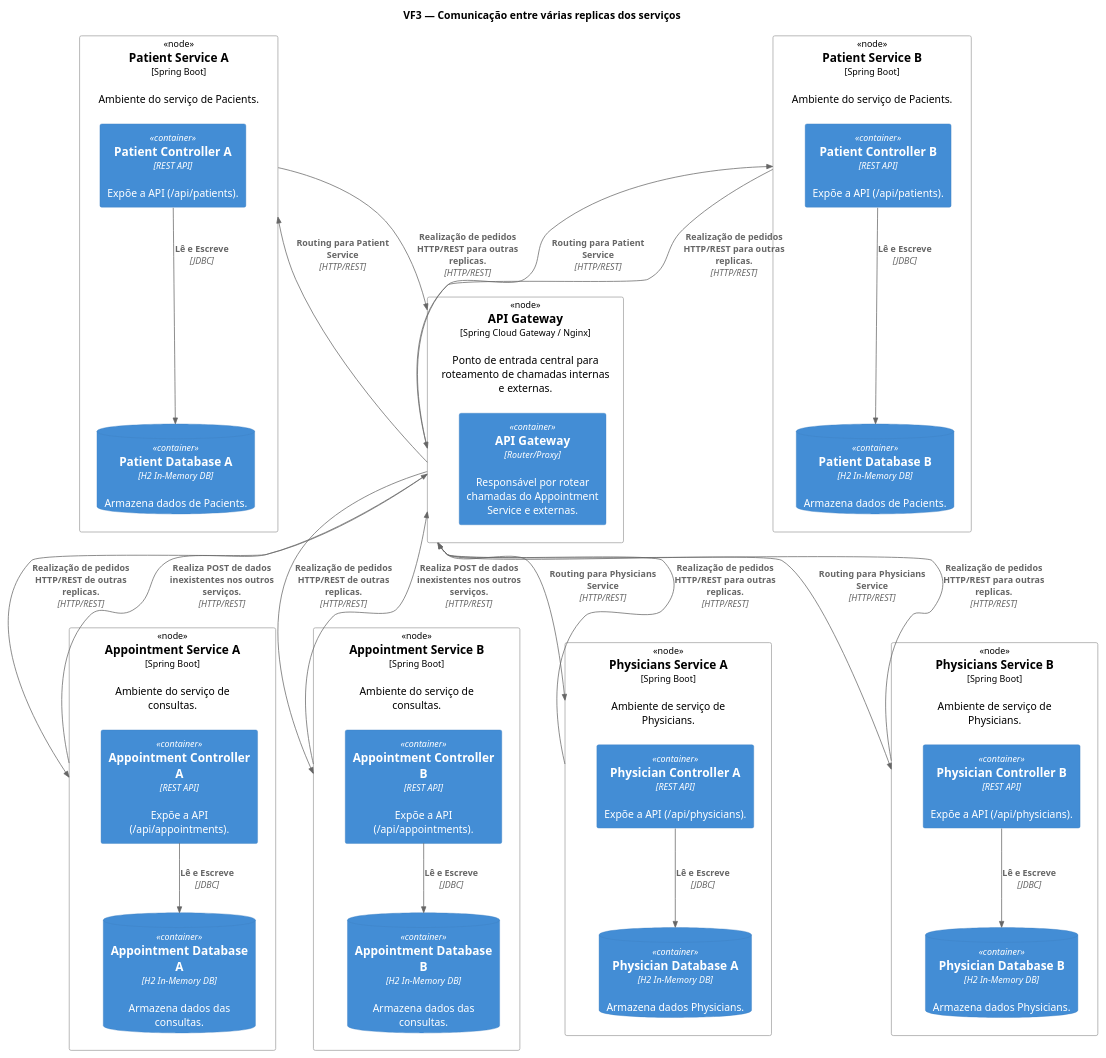
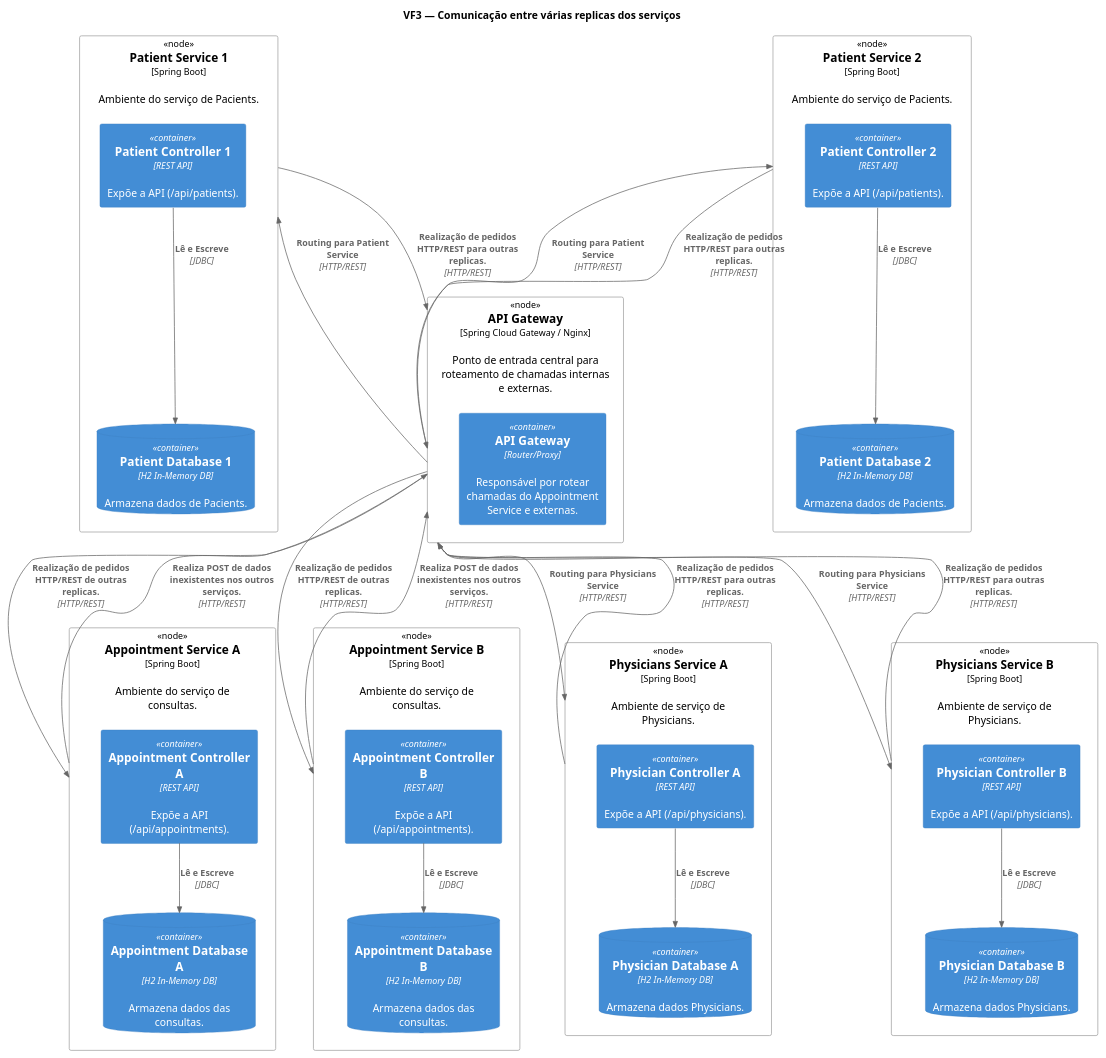
One commit to 1211104/PROJ_SIDIS2025 changed the diagram in docs/Vista Física/VF3.puml. Above: the diagram before and after it, drawn with PlantUML. The commit also changed 1 other file, not shown here.

```diff
--- a/docs/Vista Física/VF3.puml
+++ b/docs/Vista Física/VF3.puml
@@ -1,69 +1,69 @@
 @startuml C4 Deployment Diagram - With API Gateway
 
 !include https://raw.githubusercontent.com/plantuml-stdlib/C4-PlantUML/master/C4_Container.puml
 !include https://raw.githubusercontent.com/plantuml-stdlib/C4-PlantUML/master/C4_Deployment.puml
 
 title VF3 — Comunicação entre várias replicas dos serviços
 
     Deployment_Node(APIGatewayNode, "API Gateway", "Spring Cloud Gateway / Nginx", "Ponto de entrada central para roteamento de chamadas internas e externas.") {
         Container(APIGateway, "API Gateway", "Router/Proxy", "Responsável por rotear chamadas do Appointment Service e externas.")
     }
 
     Deployment_Node(AppointmentServiceNodeA, "Appointment Service A", "Spring Boot", "Ambiente do serviço de consultas.") {
         Container(AppointmentControllerA, "Appointment Controller A", "REST API", "Expõe a API (/api/appointments).")
         ContainerDb(AppointmentDBA, "Appointment Database A", "H2 In-Memory DB", "Armazena dados das consultas.")
     }
 
     Deployment_Node(AppointmentServiceNodeB, "Appointment Service B", "Spring Boot", "Ambiente do serviço de consultas.") {
         Container(AppointmentControllerB, "Appointment Controller B", "REST API", "Expõe a API (/api/appointments).")
         ContainerDb(AppointmentDBB, "Appointment Database B", "H2 In-Memory DB", "Armazena dados das consultas.")
     }
 
-    Deployment_Node(PatientServiceNodeA, "Patient Service A", "Spring Boot", "Ambiente do serviço de Pacients.") {
-        Container(PatientControllerA, "Patient Controller A", "REST API", "Expõe a API (/api/patients).")
-        ContainerDb(PatientDBA, "Patient Database A", "H2 In-Memory DB", "Armazena dados de Pacients.")
+    Deployment_Node(PatientServiceNodeA, "Patient Service 1", "Spring Boot", "Ambiente do serviço de Pacients.") {
+        Container(PatientControllerA, "Patient Controller 1", "REST API", "Expõe a API (/api/patients).")
+        ContainerDb(PatientDBA, "Patient Database 1", "H2 In-Memory DB", "Armazena dados de Pacients.")
     }
 
-    Deployment_Node(PatientServiceNodeB, "Patient Service B", "Spring Boot", "Ambiente do serviço de Pacients.") {
-            Container(PatientControllerB, "Patient Controller B", "REST API", "Expõe a API (/api/patients).")
-            ContainerDb(PatientDBB, "Patient Database B", "H2 In-Memory DB", "Armazena dados de Pacients.")
+    Deployment_Node(PatientServiceNodeB, "Patient Service 2", "Spring Boot", "Ambiente do serviço de Pacients.") {
+            Container(PatientControllerB, "Patient Controller 2", "REST API", "Expõe a API (/api/patients).")
+            ContainerDb(PatientDBB, "Patient Database 2", "H2 In-Memory DB", "Armazena dados de Pacients.")
     }
 
     Deployment_Node(PhysicianServiceNodeA, "Physicians Service A", "Spring Boot", "Ambiente de serviço de Physicians.") {
         Container(PhysicianControllerA, "Physician Controller A", "REST API", "Expõe a API (/api/physicians).")
         ContainerDb(PhysicianDBA, "Physician Database A", "H2 In-Memory DB", "Armazena dados Physicians.")
     }
 
     Deployment_Node(PhysicianServiceNodeB, "Physicians Service B", "Spring Boot", "Ambiente de serviço de Physicians.") {
             Container(PhysicianControllerB, "Physician Controller B", "REST API", "Expõe a API (/api/physicians).")
             ContainerDb(PhysicianDBB, "Physician Database B", "H2 In-Memory DB", "Armazena dados Physicians.")
     }
 
 Rel(PatientControllerA, PatientDBA, "Lê e Escreve", "JDBC")
 Rel(PatientControllerB, PatientDBB, "Lê e Escreve", "JDBC")
 
 Rel(PhysicianControllerA, PhysicianDBA, "Lê e Escreve", "JDBC")
 Rel(PhysicianControllerB, PhysicianDBB, "Lê e Escreve", "JDBC")
 
 Rel_Down(AppointmentControllerA, AppointmentDBA, "Lê e Escreve", "JDBC")
 Rel_Down(AppointmentControllerB, AppointmentDBB, "Lê e Escreve", "JDBC")
 
 Rel(APIGatewayNode, AppointmentServiceNodeA, "Realização de pedidos HTTP/REST de outras replicas.", "HTTP/REST")
 Rel(APIGatewayNode, AppointmentServiceNodeB, "Realização de pedidos HTTP/REST de outras replicas.", "HTTP/REST")
 
 Rel(AppointmentServiceNodeA, APIGatewayNode, "Realiza POST de dados inexistentes nos outros serviços.", "HTTP/REST")
 Rel(AppointmentServiceNodeB, APIGatewayNode, "Realiza POST de dados inexistentes nos outros serviços.", "HTTP/REST")
 
 Rel_Right(APIGatewayNode, PatientServiceNodeA, "Routing para Patient Service", "HTTP/REST")
 Rel_Right(APIGatewayNode, PatientServiceNodeB, "Routing para Patient Service", "HTTP/REST")
 
 Rel(PatientServiceNodeA, APIGatewayNode, "Realização de pedidos HTTP/REST para outras replicas.", "HTTP/REST")
 Rel(PatientServiceNodeB, APIGatewayNode, "Realização de pedidos HTTP/REST para outras replicas.", "HTTP/REST")
 
 Rel_Down(APIGatewayNode, PhysicianServiceNodeA, "Routing para Physicians Service", "HTTP/REST")
 Rel_Down(APIGatewayNode, PhysicianServiceNodeB, "Routing para Physicians Service", "HTTP/REST")
 
 Rel(PhysicianServiceNodeA, APIGatewayNode, "Realização de pedidos HTTP/REST para outras replicas.", "HTTP/REST")
 Rel(PhysicianServiceNodeB, APIGatewayNode, "Realização de pedidos HTTP/REST para outras replicas.", "HTTP/REST")
 
 @enduml
```
